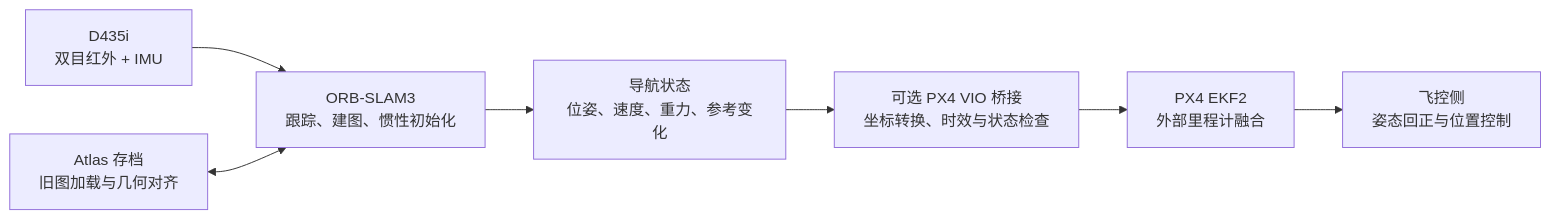
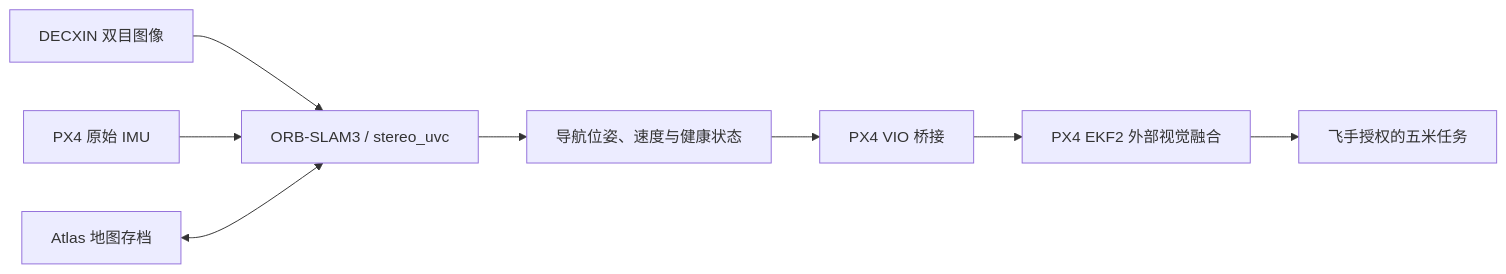
One commit to MalzaharGeng/ORB_SLAM3 changed the diagram in README.md. Above: the diagram before and after it, drawn with Mermaid. The commit also changed other lines of this file and 10 other files, not shown here.

````diff
--- a/README.md
+++ b/README.md
@@ -37,9 +41,10 @@
 ```mermaid
 flowchart LR
-    SENSOR["D435i<br/>双目红外 + IMU"] --> SLAM["ORB-SLAM3<br/>跟踪、建图、惯性初始化"]
-    SLAM --> NAV["导航状态<br/>位姿、速度、重力、参考变化"]
-    ATLAS["Atlas 存档<br/>旧图加载与几何对齐"] <--> SLAM
-    NAV --> BRIDGE["可选 PX4 VIO 桥接<br/>坐标转换、时效与状态检查"]
-    BRIDGE --> PX4["PX4 EKF2<br/>外部里程计融合"]
-    PX4 --> CONTROL["飞控侧<br/>姿态回正与位置控制"]
+    CAMERA["DECXIN 双目图像"] --> SLAM["ORB-SLAM3 / stereo_uvc"]
+    IMU["PX4 原始 IMU"] --> SLAM
+    ATLAS["Atlas 地图存档"] <--> SLAM
+    SLAM --> NAV["导航位姿、速度与健康状态"]
+    NAV --> BRIDGE["PX4 VIO 桥接"]
+    BRIDGE --> PX4["PX4 EKF2 外部视觉融合"]
+    PX4 --> TASK["飞手授权的五米任务"]
 ```
````
